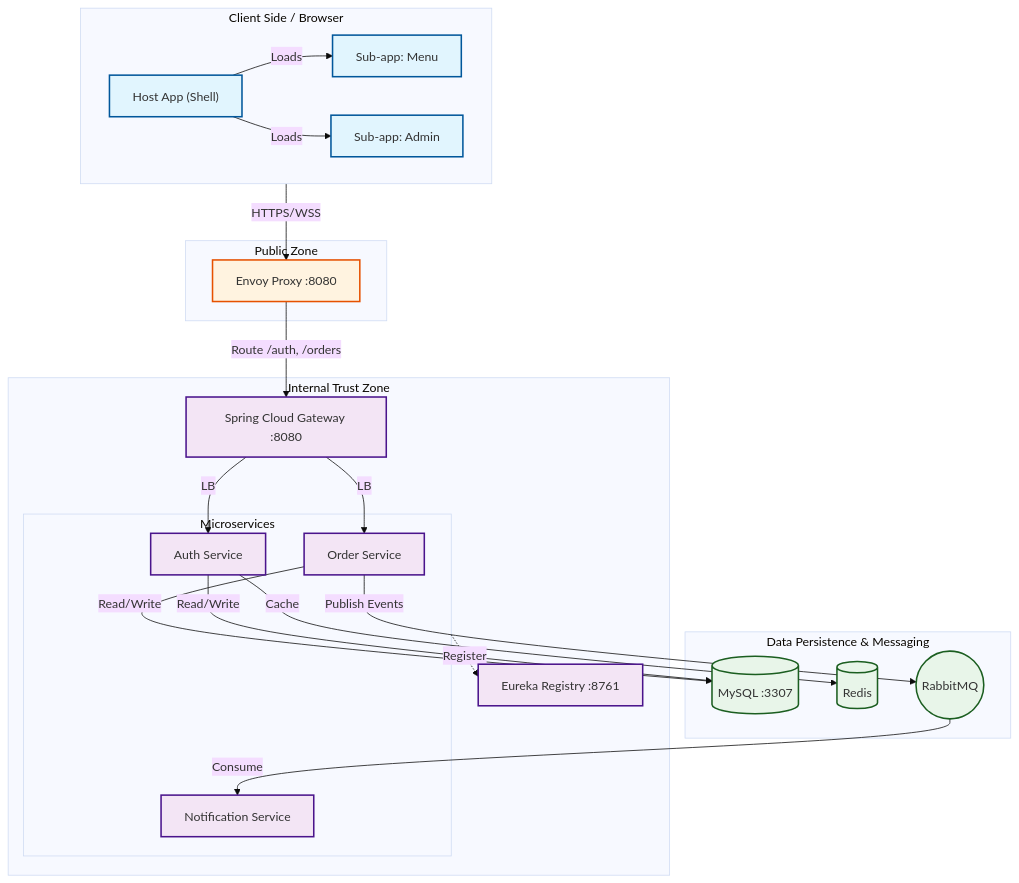
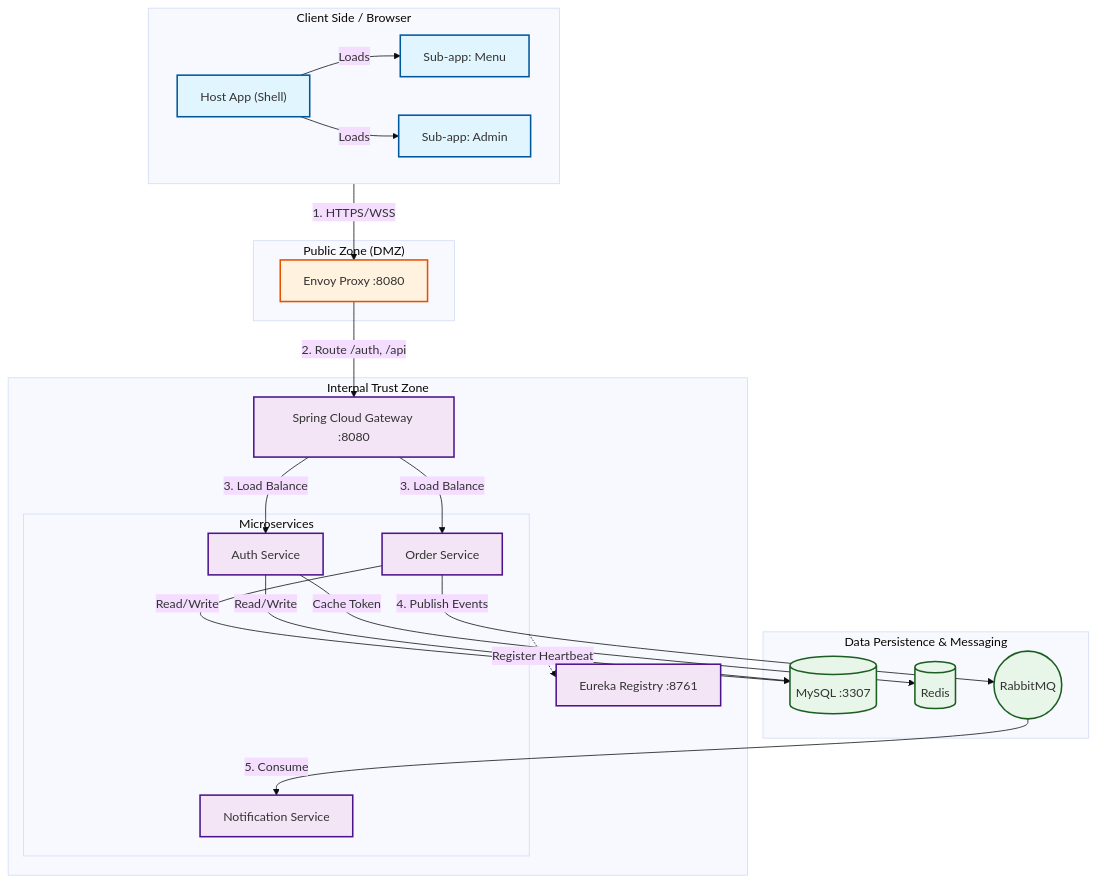
One commit to itshard2name-gmail/mini-restaurant-app changed the first of 2 diagrams in SYSTEM_DESIGN.md. Above: the diagram before and after it, drawn with Mermaid (base theme). The commit also changed other lines of this file, not shown here.

Commit message:
docs: refactor system design with new structure and mermaid ERD

````diff
--- a/SYSTEM_DESIGN.md
+++ b/SYSTEM_DESIGN.md
@@ -280,63 +24,63 @@
 ```mermaid
 graph TD
     %% Frontend Layer
-    subgraph Client_Side [Client Side / Browser]
+    subgraph Client_Side ["Client Side / Browser"]
         Host["Host App (Shell)"]
         Menu["Sub-app: Menu"]
         Admin["Sub-app: Admin"]
         Host -->|Loads| Menu
         Host -->|Loads| Admin
     end
 
     %% Edge Layer
-    subgraph DMZ [Public Zone]
+    subgraph DMZ ["Public Zone (DMZ)"]
         Envoy["Envoy Proxy :8080"]
     end
 
     %% Backend Layer
-    subgraph Internal_Zone [Internal Trust Zone]
+    subgraph Internal_Zone ["Internal Trust Zone"]
         Gateway["Spring Cloud Gateway :8080"]
         Eureka["Eureka Registry :8761"]
         
-        subgraph Services [Microservices]
+        subgraph Services ["Microservices"]
             Auth["Auth Service"]
             Order["Order Service"]
             Notif["Notification Service"]
         end
     end
 
     %% Data Layer
-    subgraph Data_Layer [Data Persistence & Messaging]
+    subgraph Data_Layer ["Data Persistence & Messaging"]
         MySQL[("MySQL :3307")]
         Redis[("Redis")]
         RabbitMQ(("RabbitMQ"))
     end
 
     %% Connections
-    Client_Side -->|"HTTPS/WSS"| Envoy
-    Envoy -->|"Route /auth, /orders"| Gateway
-    Gateway -->|LB| Auth
-    Gateway -->|LB| Order
+    Client_Side -->|"1. HTTPS/WSS"| Envoy
+    Envoy -->|"2. Route /auth, /api"| Gateway
+    Gateway -->|"3. Load Balance"| Auth
+    Gateway -->|"3. Load Balance"| Order
     
     Auth -->|"Read/Write"| MySQL
-    Auth -->|Cache| Redis
+    Auth -->|"Cache Token"| Redis
     
     Order -->|"Read/Write"| MySQL
-    Order -->|"Publish Events"| RabbitMQ
+    Order -->|"4. Publish Events"| RabbitMQ
     
-    RabbitMQ -->|Consume| Notif
+    RabbitMQ -->|"5. Consume"| Notif
     
     %% Service Discovery
-    Services -.->|Register| Eureka
+    Services -.->|"Register Heartbeat"| Eureka
 
     %% Styling
     classDef client fill:#e1f5fe,stroke:#01579b,stroke-width:2px;
     classDef dmz fill:#fff3e0,stroke:#e65100,stroke-width:2px;
     classDef internal fill:#f3e5f5,stroke:#4a148c,stroke-width:2px;
     classDef data fill:#e8f5e9,stroke:#1b5e20,stroke-width:2px;
     
     class Host,Menu,Admin client;
     class Envoy dmz;
     class Gateway,Eureka,Auth,Order,Notif internal;
     class MySQL,Redis,RabbitMQ data;
 ```
````
